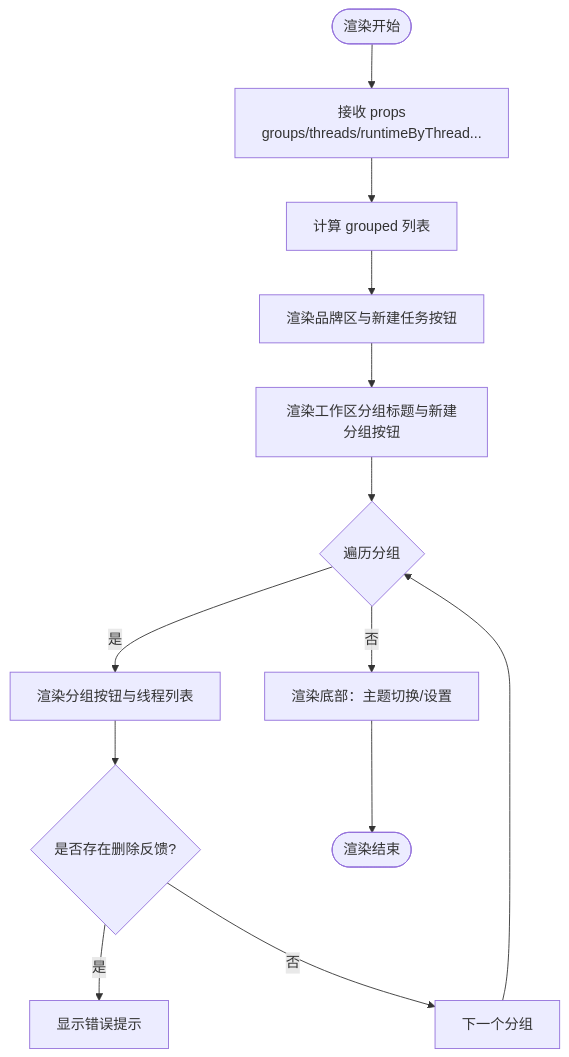
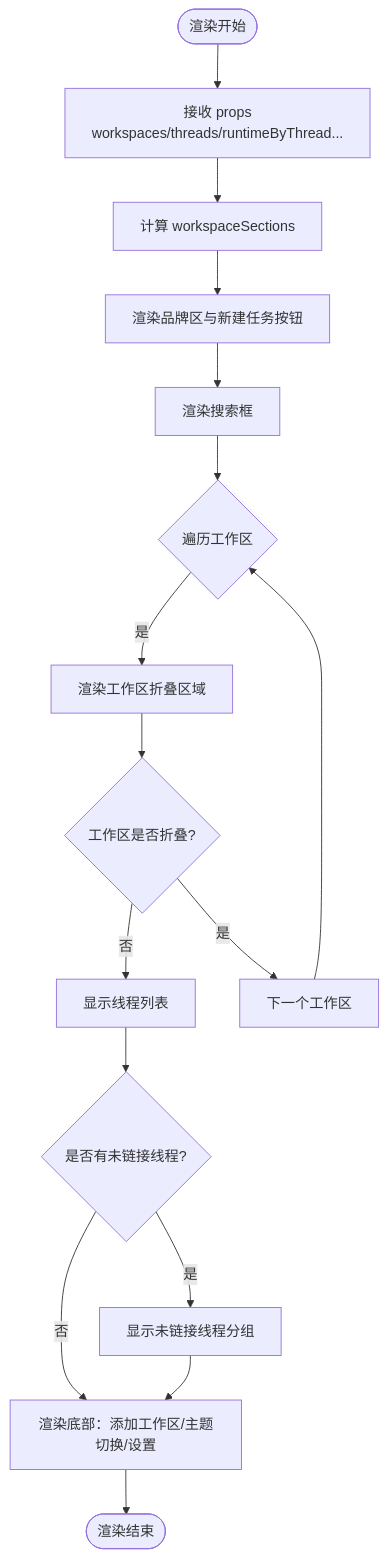
Before and after one commit to dyx-9163/ai-aifar: the third of 6 diagrams in .qoder/repowiki/zh/content/用户界面/侧边栏导航组件.md, drawn with Mermaid. The commit also changed other lines of this file and 10 other files, not shown here.

````diff
--- a/.qoder/repowiki/zh/content/用户界面/侧边栏导航组件.md
+++ b/.qoder/repowiki/zh/content/用户界面/侧边栏导航组件.md
@@ -143,15 +164,18 @@
 ```mermaid
 flowchart TD
-Start(["渲染开始"]) --> LoadProps["接收 props<br/>groups/threads/runtimeByThread..."]
-LoadProps --> ComputeGroups["计算 grouped 列表"]
-ComputeGroups --> RenderHeader["渲染品牌区与新建任务按钮"]
-RenderHeader --> RenderWorkspace["渲染工作区分组标题与新建分组按钮"]
-RenderWorkspace --> ForEachGroup{"遍历分组"}
-ForEachGroup --> |是| GroupSection["渲染分组按钮与线程列表"]
-GroupSection --> CheckDeleteFeedback{"是否存在删除反馈?"}
-CheckDeleteFeedback --> |是| ShowError["显示错误提示"]
-CheckDeleteFeedback --> |否| NextGroup["下一个分组"]
-NextGroup --> ForEachGroup
-ForEachGroup --> |否| Footer["渲染底部：主题切换/设置"]
+Start(["渲染开始"]) --> LoadProps["接收 props<br/>workspaces/threads/runtimeByThread..."]
+LoadProps --> ComputeSections["计算 workspaceSections"]
+ComputeSections --> RenderHeader["渲染品牌区与新建任务按钮"]
+RenderHeader --> RenderSearch["渲染搜索框"]
+RenderSearch --> ForEachWorkspace{"遍历工作区"}
+ForEachWorkspace --> |是| WorkspaceSection["渲染工作区折叠区域"]
+WorkspaceSection --> CheckCollapsed{"工作区是否折叠?"}
+CheckCollapsed --> |否| ShowThreads["显示线程列表"]
+CheckCollapsed --> |是| NextWorkspace["下一个工作区"]
+ShowThreads --> CheckUnlinked{"是否有未链接线程?"}
+CheckUnlinked --> |是| UnlinkedSection["显示未链接线程分组"]
+CheckUnlinked --> |否| Footer["渲染底部：添加工作区/主题切换/设置"]
+NextWorkspace --> ForEachWorkspace
+UnlinkedSection --> Footer
 Footer --> End(["渲染结束"])
 ```
````
